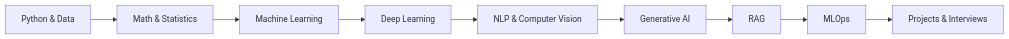
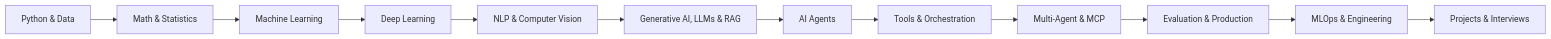
One commit to FirdowsRahaman/ai-ml-fresher-roadmap changed the first of 2 diagrams in README.md. Above: the diagram before and after it, drawn with Mermaid. The commit also changed other lines of this file, not shown here.

Commit message:
feat: complete expansion to 12 modules including AI Agents and MCP

````diff
--- a/README.md
+++ b/README.md
@@ -7,11 +51,14 @@
 ```mermaid
 flowchart LR
     A[Python & Data] --> B[Math & Statistics]
     B --> C[Machine Learning]
     C --> D[Deep Learning]
     D --> E[NLP & Computer Vision]
-    E --> F[Generative AI]
-    F --> G[RAG]
-    G --> H[MLOps]
-    H --> I[Projects & Interviews]
+    E --> F[Generative AI, LLMs & RAG]
+    F --> G[AI Agents]
+    G --> H[Tools & Orchestration]
+    H --> I[Multi-Agent & MCP]
+    I --> J[Evaluation & Production]
+    J --> K[MLOps & Engineering]
+    K --> L[Projects & Interviews]
 ```
````
